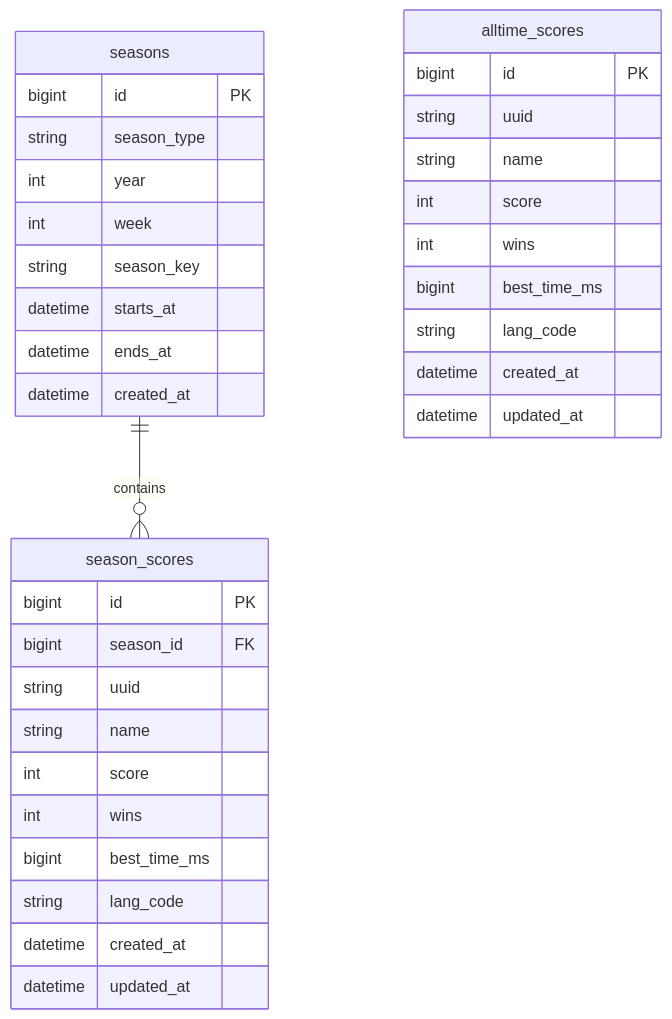
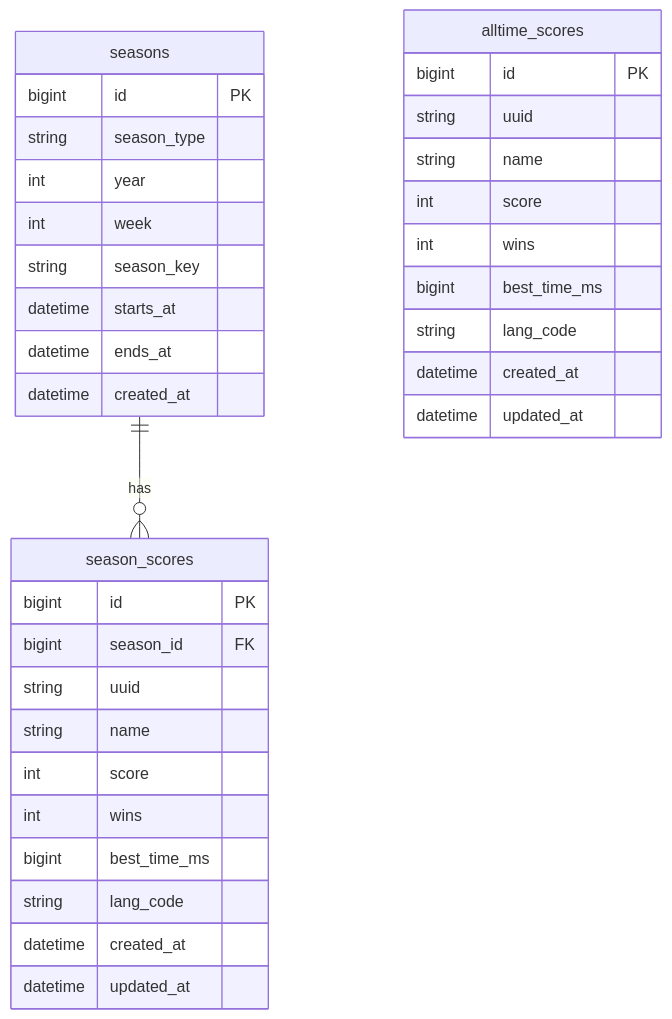
One commit to flowmari/TreasureRun changed the diagram in README.md. Above: the diagram before and after it, drawn with Mermaid. The commit also changed other lines of this file, not shown here.

````diff
--- a/README.md
+++ b/README.md
@@ -556,40 +556,40 @@
 ```mermaid
 erDiagram
-    seasons ||--o{ season_scores : contains
+    seasons ||--o{ season_scores : has
 
     seasons {
         bigint id PK
         string season_type
         int year
         int week
         string season_key
         datetime starts_at
         datetime ends_at
         datetime created_at
     }
 
     season_scores {
         bigint id PK
         bigint season_id FK
         string uuid
         string name
         int score
         int wins
         bigint best_time_ms
         string lang_code
         datetime created_at
         datetime updated_at
     }
 
     alltime_scores {
         bigint id PK
         string uuid
         string name
         int score
         int wins
         bigint best_time_ms
         string lang_code
         datetime created_at
         datetime updated_at
     }
 ```
````
